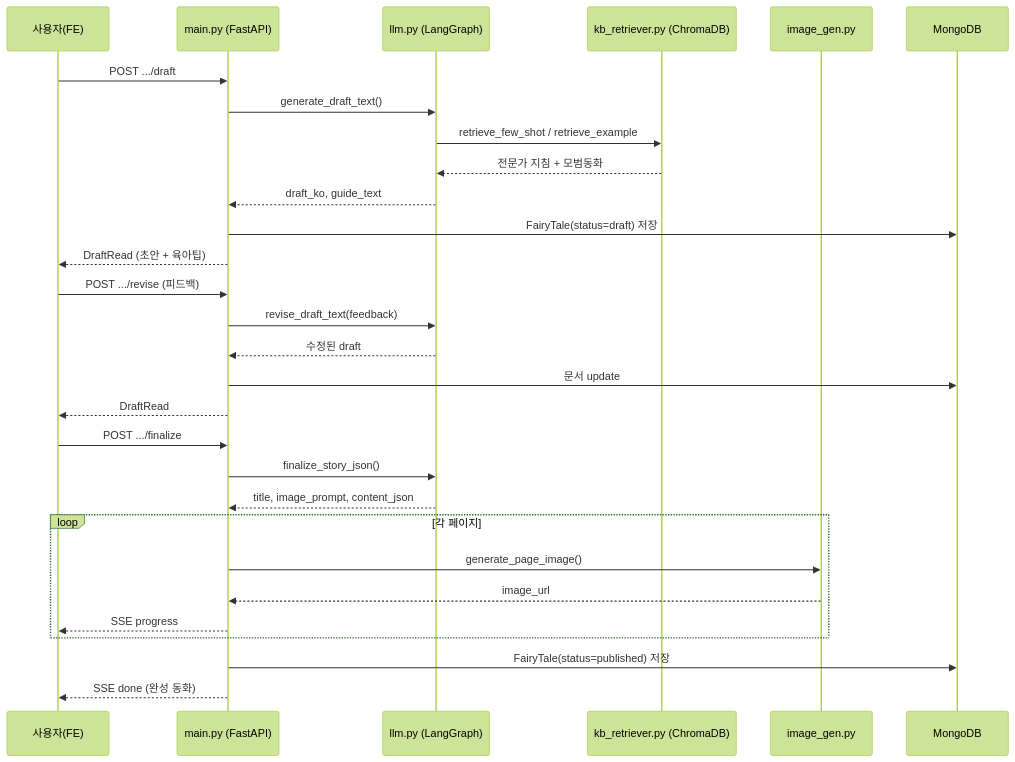
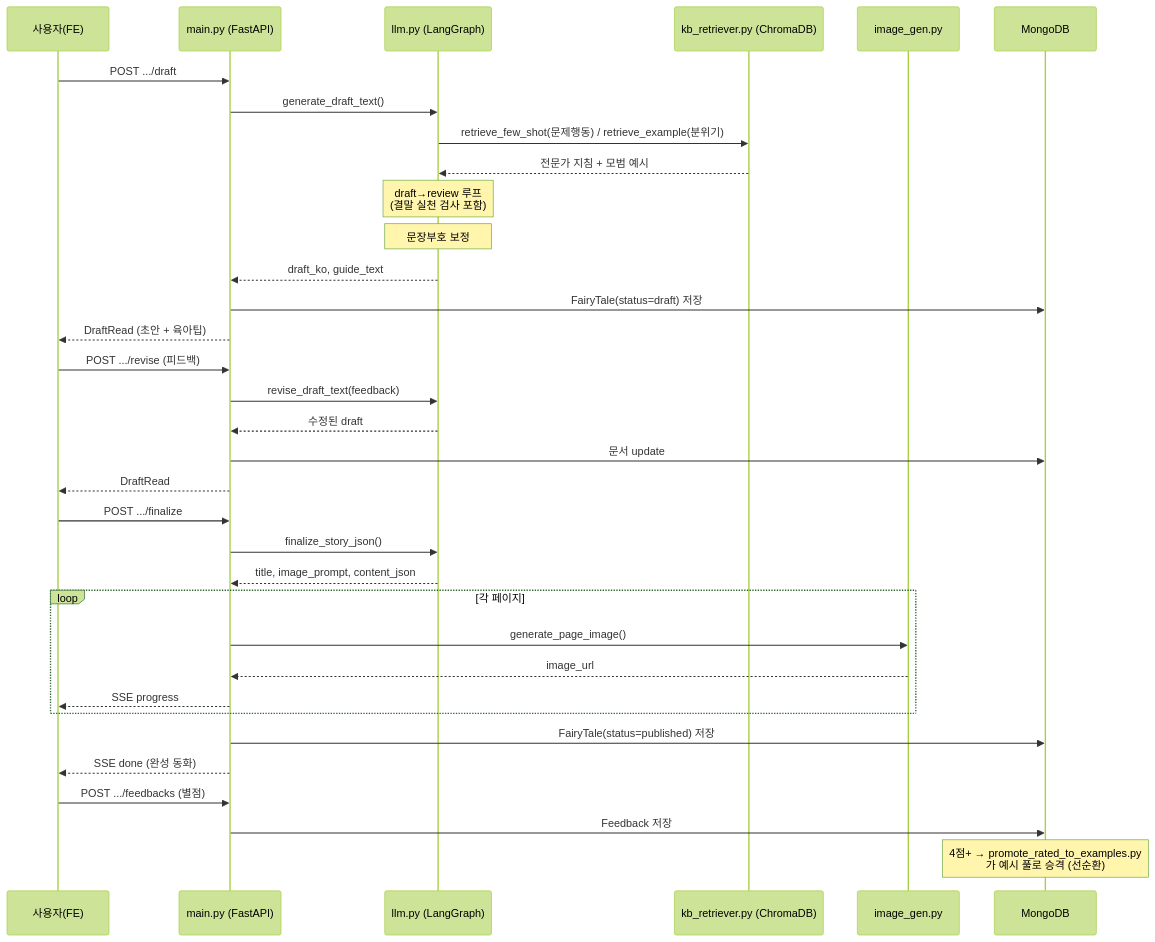
Before and after one commit to sjung-csumb/storyTeller: the eighth of 8 diagrams in 260707project/FLOWCHART.md, drawn with Mermaid (forest theme). The commit also changed other lines of this file and 50 other files, not shown here.

````diff
--- a/260707project/FLOWCHART.md
+++ b/260707project/FLOWCHART.md
@@ -158,34 +212,40 @@
 ```mermaid
 sequenceDiagram
     participant U as 사용자(FE)
     participant M as main.py (FastAPI)
     participant L as llm.py (LangGraph)
     participant K as kb_retriever.py (ChromaDB)
     participant I as image_gen.py
     participant DB as MongoDB
 
     U->>M: POST .../draft
     M->>L: generate_draft_text()
-    L->>K: retrieve_few_shot / retrieve_example
-    K-->>L: 전문가 지침 + 모범동화
+    L->>K: retrieve_few_shot(문제행동) / retrieve_example(분위기)
+    K-->>L: 전문가 지침 + 모범 예시
+    Note over L: draft→review 루프<br/>(결말 실천 검사 포함)
+    Note over L: 문장부호 보정
     L-->>M: draft_ko, guide_text
     M->>DB: FairyTale(status=draft) 저장
     M-->>U: DraftRead (초안 + 육아팁)
 
     U->>M: POST .../revise (피드백)
     M->>L: revise_draft_text(feedback)
     L-->>M: 수정된 draft
     M->>DB: 문서 update
     M-->>U: DraftRead
 
     U->>M: POST .../finalize
     M->>L: finalize_story_json()
     L-->>M: title, image_prompt, content_json
     loop 각 페이지
         M->>I: generate_page_image()
         I-->>M: image_url
         M-->>U: SSE progress
     end
     M->>DB: FairyTale(status=published) 저장
     M-->>U: SSE done (완성 동화)
+
+    U->>M: POST .../feedbacks (별점)
+    M->>DB: Feedback 저장
+    Note over DB: 4점+ → promote_rated_to_examples.py<br/>가 예시 풀로 승격 (선순환)
 ```
````
